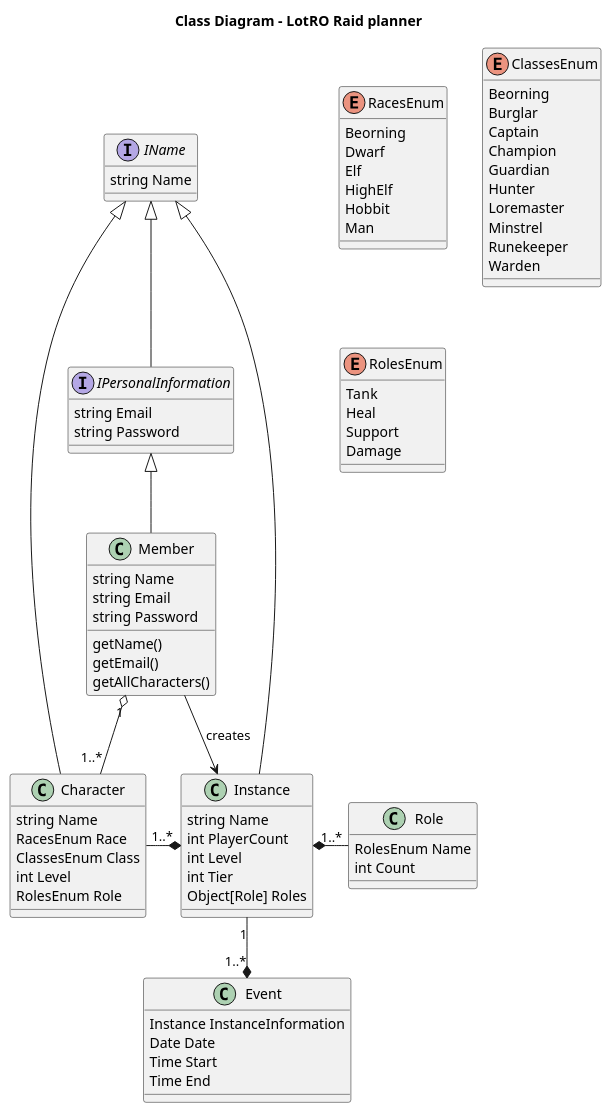
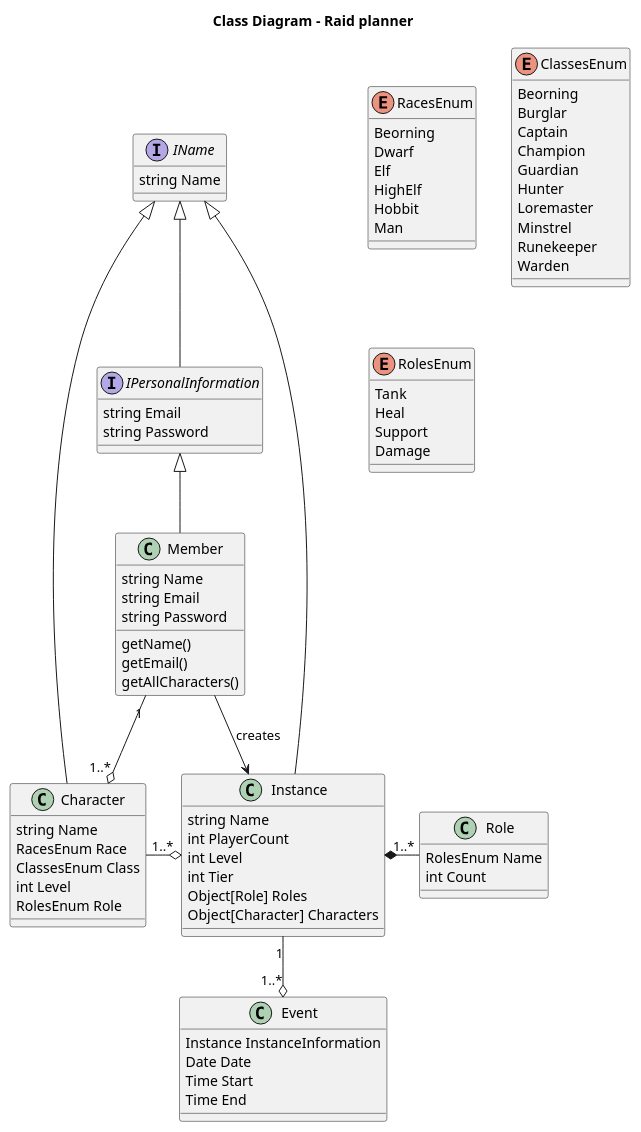
The diagram in UML/esa1_uml-raidplanner.pu (DeathAngelDaemon/studium_vws), drawn with PlantUML before and after one commit.

Commit message:
fix associations & add property

```diff
--- a/UML/esa1_uml-raidplanner.pu
+++ b/UML/esa1_uml-raidplanner.pu
@@ -1,88 +1,89 @@
 @startuml
 
-title Class Diagram - LotRO Raid planner
+title Class Diagram - Raid planner
 
 interface IName {
   string Name
 }
 interface IPersonalInformation {
   string Email
   string Password
 }
 
 enum RacesEnum {
   Beorning
   Dwarf
   Elf
   HighElf
   Hobbit
   Man
 }
 enum ClassesEnum {
   Beorning
   Burglar
   Captain
   Champion
   Guardian
   Hunter
   Loremaster
   Minstrel
   Runekeeper
   Warden
 }
 enum RolesEnum {
   Tank
   Heal
   Support
   Damage
 }
 
 class Member {
   string Name
   string Email
   string Password
   getName()
   getEmail()
   getAllCharacters()
 }
 
 class Character {
   string Name
   RacesEnum Race
   ClassesEnum Class
   int Level
   RolesEnum Role
 }
 
 class Role {
   RolesEnum Name
   int Count
 }
 
 class Instance {
   string Name
   int PlayerCount
   int Level
   int Tier
   Object[Role] Roles
+  Object[Character] Characters
 }
 
 class Event {
   Instance InstanceInformation
   Date Date
   Time Start
   Time End
 }
 
 IName <|-- IPersonalInformation
 IPersonalInformation <|-- Member
 IName <|-- Character
 IName <|-- Instance
 
-Member "1" o-- "1..*" Character
-Character "1..*" -* Instance
+Member "1" --o "1..*" Character
+Character "1..*" -o Instance
 Member --> Instance : "creates"
-Instance "1" --* "1..*" Event
+Instance "1" --o "1..*" Event
 Instance "1..*" *- Role
 
 @enduml
```
